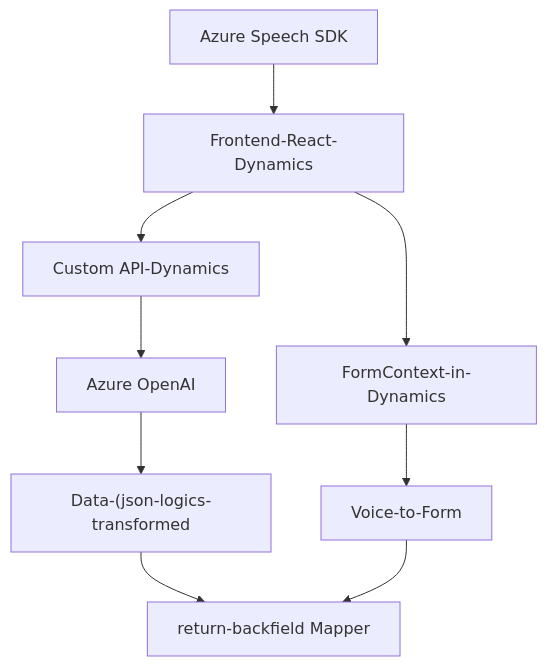
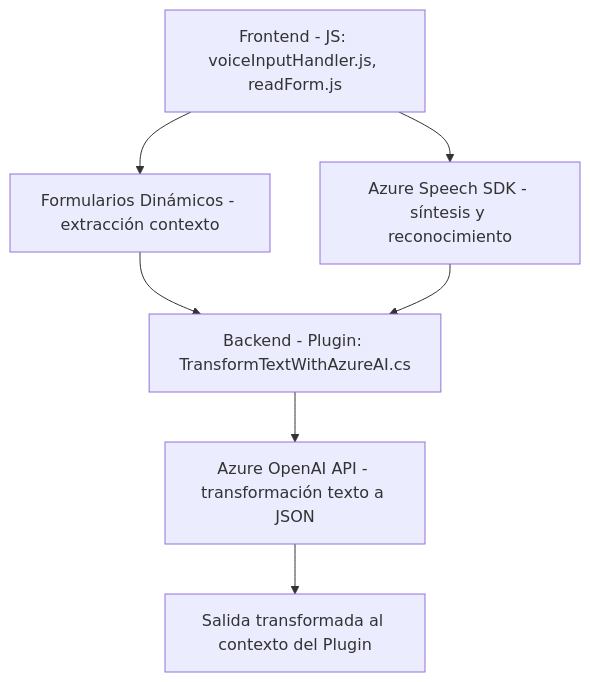
One commit to blopezdm/NETCORE_BILBAO2025 changed the diagram in README.md. Above: the diagram before and after it, drawn with Mermaid. The commit also changed other lines of this file, not shown here.

````diff
--- a/README.md
+++ b/README.md
@@ -40,11 +70,9 @@
 ```mermaid
 graph TD
-    A["Azure Speech SDK"] --> B["Frontend-React-Dynamics"]
-    B --> C["FormContext-in-Dynamics"]
-    B --> D["Custom API-Dynamics"]
-    C --> E["Voice-to-Form"]
-    D --> F["Azure OpenAI"]
-    F --> G["Data-(json-logics-transformed"]
-    G --> H["return-backfield Mapper"]
-    E --> H
+    A["Frontend - JS: voiceInputHandler.js, readForm.js"] --> B["Azure Speech SDK - síntesis y reconocimiento"]
+    A --> C["Formularios Dinámicos - extracción contexto"]
+    C --> D["Backend - Plugin: TransformTextWithAzureAI.cs"]
+    B --> D
+    D --> E["Azure OpenAI API - transformación texto a JSON"]
+    E --> F["Salida transformada al contexto del Plugin"]
 ```
````
